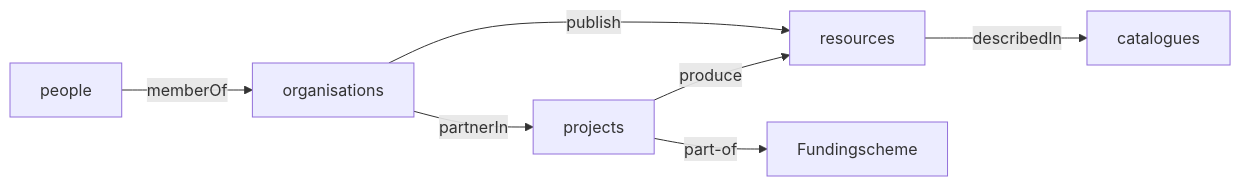
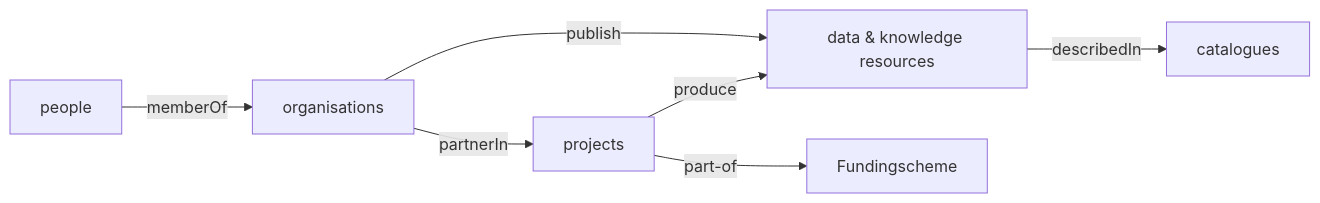
The first of 4 diagrams in tech/docs/technical_components/ingestion.md (soilwise-he/SoilWise-documentation), drawn with Mermaid before and after one commit. The commit also changed other lines of this file, not shown here.

````diff
--- a/tech/docs/technical_components/ingestion.md
+++ b/tech/docs/technical_components/ingestion.md
@@ -69,9 +25,9 @@
 ``` mermaid
 flowchart LR
     people -->|memberOf| o[organisations] 
     o -->|partnerIn| p[projects]
-    p -->|produce| d[resources]
+    p -->|produce| d[data & knowledge resources]
     o -->|publish| d
     d -->|describedIn| c[catalogues]
     p -->|part-of| fs[Fundingscheme]
 ```
````
